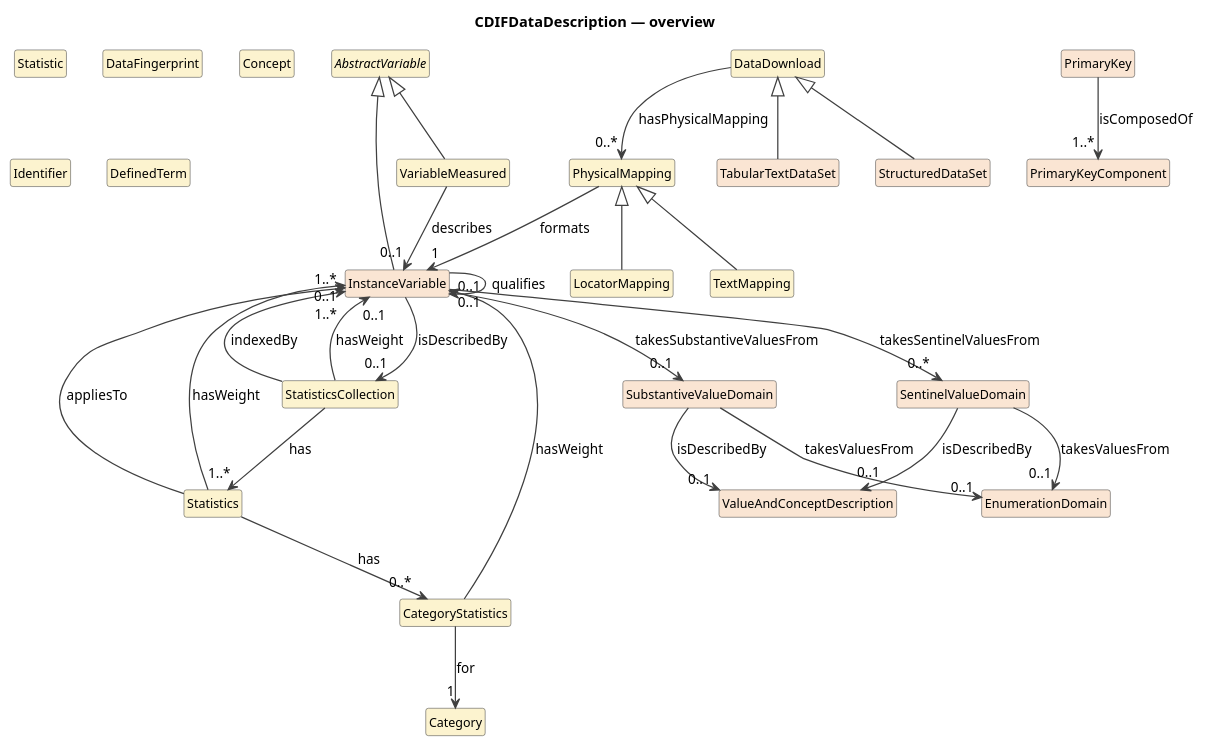
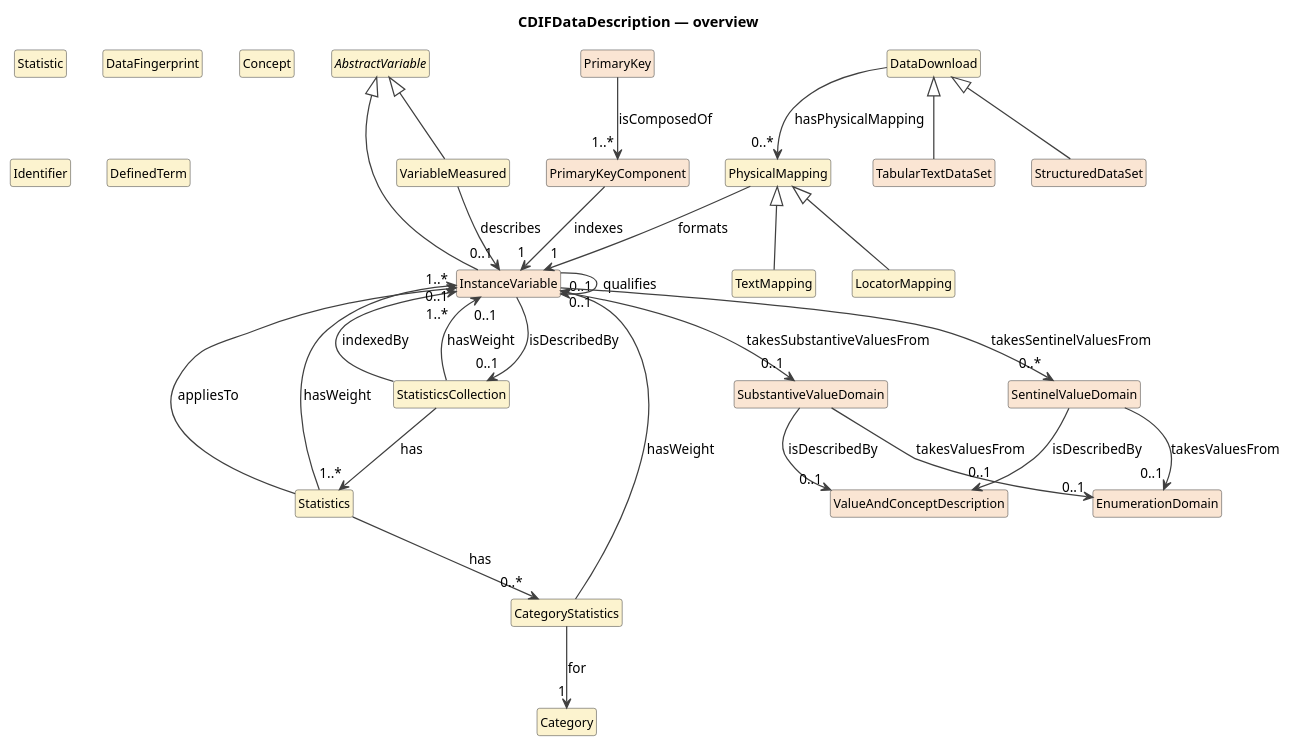
Before and after one commit to Cross-Domain-Interoperability-Framework/metadataBuildingBlocks: the diagram in cdif-uml-model/CDIFDataDescription/index.local.pu, drawn with PlantUML. The commit also changed 55 other files, not shown here.

```diff
--- a/cdif-uml-model/CDIFDataDescription/index.local.pu
+++ b/cdif-uml-model/CDIFDataDescription/index.local.pu
@@ -1,64 +1,65 @@
 @startuml
 title CDIFDataDescription — overview
 hide circle
 hide empty members
 skinparam shadowing false
 skinparam ArrowThickness 1.2
 skinparam class {
   ArrowColor #404040
   BorderColor #404040
   FontSize 12
 }
 
 abstract class "AbstractVariable" as AbstractVariable #FCF3CF
 class "InstanceVariable" as InstanceVariable #FAE5D3
 class "VariableMeasured" as VariableMeasured #FCF3CF
 class "DataDownload" as DataDownload #FCF3CF
 class "PrimaryKey" as PrimaryKey #FAE5D3
 class "PrimaryKeyComponent" as PrimaryKeyComponent #FAE5D3
 class "Statistic" as Statistic #FCF3CF
 class "Statistics" as Statistics #FCF3CF
 class "CategoryStatistics" as CategoryStatistics #FCF3CF
 class "StatisticsCollection" as StatisticsCollection #FCF3CF
 class "Category" as Category #FCF3CF
 class "SubstantiveValueDomain" as SubstantiveValueDomain #FAE5D3
 class "SentinelValueDomain" as SentinelValueDomain #FAE5D3
 class "ValueAndConceptDescription" as ValueAndConceptDescription #FAE5D3
 class "EnumerationDomain" as EnumerationDomain #FAE5D3
 class "PhysicalMapping" as PhysicalMapping #FCF3CF
 class "TextMapping" as TextMapping #FCF3CF
 class "LocatorMapping" as LocatorMapping #FCF3CF
 class "TabularTextDataSet" as TabularTextDataSet #FAE5D3
 class "StructuredDataSet" as StructuredDataSet #FAE5D3
 class "DataFingerprint" as DataFingerprint #FCF3CF
 class "Concept" as Concept #FCF3CF
 class "Identifier" as Identifier #FCF3CF
 class "DefinedTerm" as DefinedTerm #FCF3CF
 AbstractVariable <|-- InstanceVariable
 AbstractVariable <|-- VariableMeasured
 PhysicalMapping <|-- TextMapping
 PhysicalMapping <|-- LocatorMapping
 DataDownload <|-- TabularTextDataSet
 DataDownload <|-- StructuredDataSet
 InstanceVariable --> "0..1" StatisticsCollection : isDescribedBy
 InstanceVariable --> "0..1" InstanceVariable : qualifies
 InstanceVariable --> "0..1" SubstantiveValueDomain : takesSubstantiveValuesFrom
 InstanceVariable --> "0..*" SentinelValueDomain : takesSentinelValuesFrom
 VariableMeasured --> "0..1" InstanceVariable : describes
 DataDownload --> "0..*" PhysicalMapping : hasPhysicalMapping
 PrimaryKey --> "1..*" PrimaryKeyComponent : isComposedOf
+PrimaryKeyComponent --> "1" InstanceVariable : indexes
 Statistics --> "1..*" InstanceVariable : appliesTo
 Statistics --> "0..1" InstanceVariable : hasWeight
 Statistics --> "0..*" CategoryStatistics : has
 CategoryStatistics --> "1" Category : for
 CategoryStatistics --> "0..1" InstanceVariable : hasWeight
 StatisticsCollection --> "1..*" Statistics : has
 StatisticsCollection --> "1..*" InstanceVariable : indexedBy
 StatisticsCollection --> "0..1" InstanceVariable : hasWeight
 SubstantiveValueDomain --> "0..1" EnumerationDomain : takesValuesFrom
 SubstantiveValueDomain --> "0..1" ValueAndConceptDescription : isDescribedBy
 SentinelValueDomain --> "0..1" EnumerationDomain : takesValuesFrom
 SentinelValueDomain --> "0..1" ValueAndConceptDescription : isDescribedBy
 PhysicalMapping --> "1" InstanceVariable : formats
 
 @enduml
```
